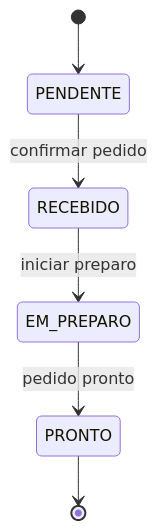
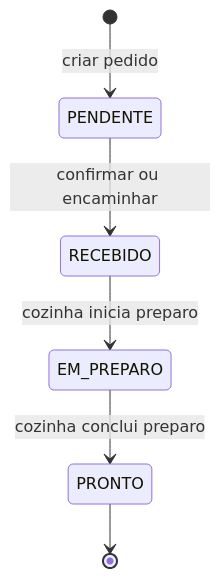
Before and after one commit to FelpsAfonsoJS/DonCabron: the sixth of 9 diagrams in README.md, drawn with Mermaid. The commit also changed other lines of this file and 29 other files, not shown here.

````diff
--- a/README.md
+++ b/README.md
@@ -337,8 +324,8 @@
 ```mermaid
 stateDiagram-v2
-    [*] --> PENDENTE
-    PENDENTE --> RECEBIDO: confirmar pedido
-    RECEBIDO --> EM_PREPARO: iniciar preparo
-    EM_PREPARO --> PRONTO: pedido pronto
+    [*] --> PENDENTE: criar pedido
+    PENDENTE --> RECEBIDO: confirmar ou encaminhar
+    RECEBIDO --> EM_PREPARO: cozinha inicia preparo
+    EM_PREPARO --> PRONTO: cozinha conclui preparo
     PRONTO --> [*]
 ```
````
